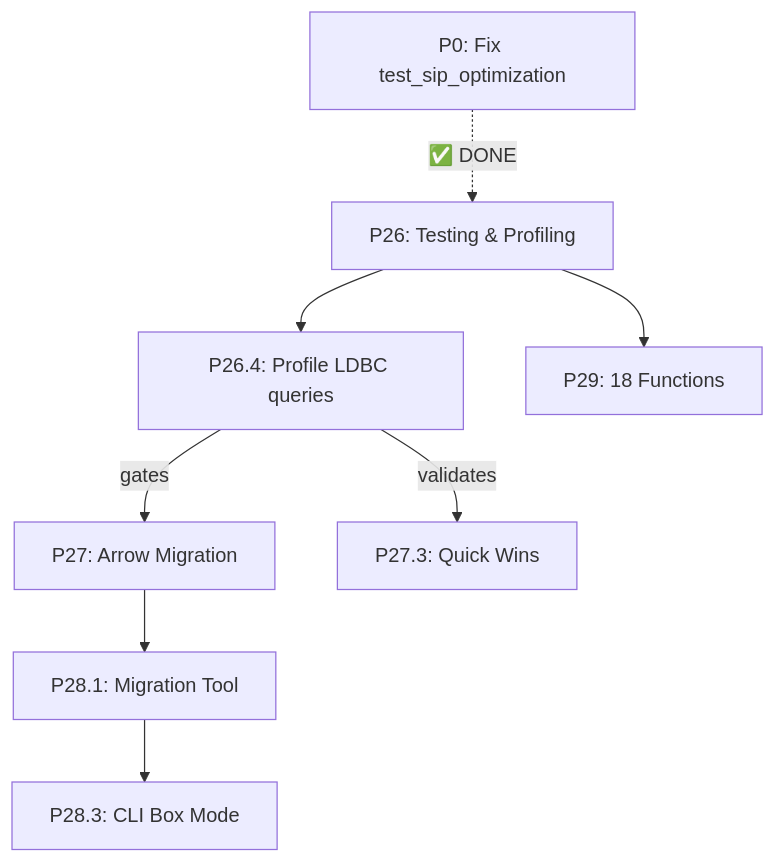
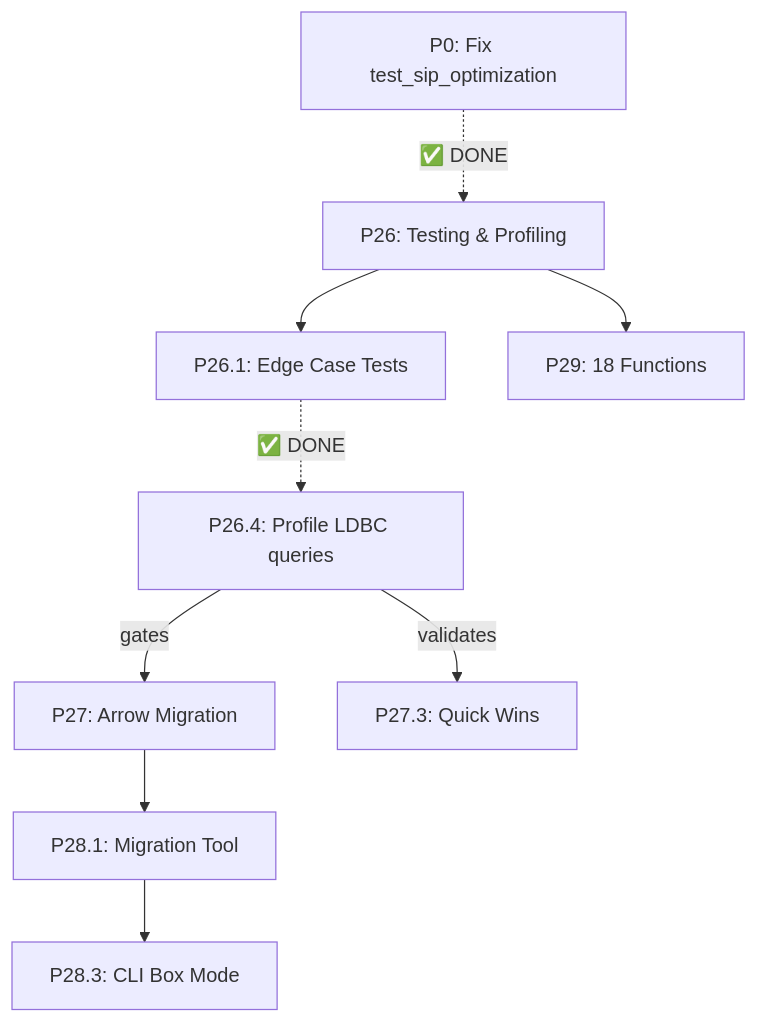
The diagram in kuzu-core/implementation_plan.md (mlengse/akar), drawn with Mermaid before and after one commit. The commit also changed other lines of this file, not shown here.

````diff
--- a/kuzu-core/implementation_plan.md
+++ b/kuzu-core/implementation_plan.md
@@ -191,10 +191,10 @@
 ```mermaid
 graph TD
     P0["P0: Fix test_sip_optimization"] -.->|✅ DONE| P26["P26: Testing & Profiling"]
-    P26 --> P26_4["P26.4: Profile LDBC queries"]
+    P26 --> P26_1["P26.1: Edge Case Tests"] -.->|✅ DONE| P26_4["P26.4: Profile LDBC queries"]
     P26_4 -->|gates| P27["P27: Arrow Migration"]
     P26_4 -->|validates| P27_3["P27.3: Quick Wins"]
     P27 --> P28_1["P28.1: Migration Tool"]
     P28_1 --> P28_3["P28.3: CLI Box Mode"]
     P26 --> P29["P29: 18 Functions"]
 ```
````
